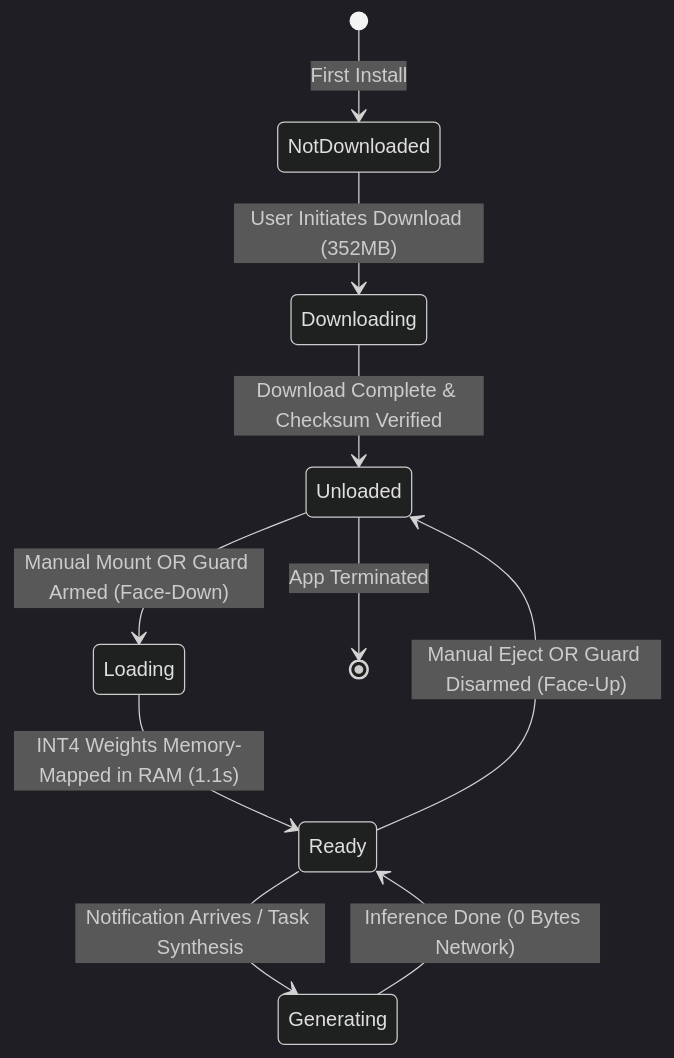
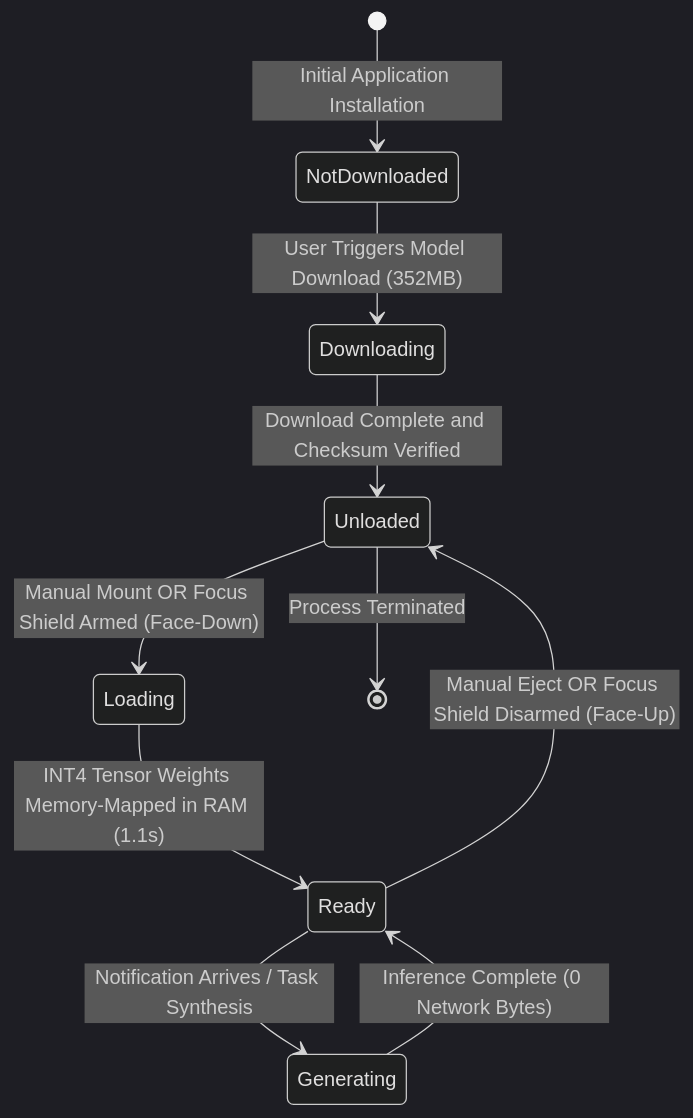
One commit to Aditya-Lingam-9000/AuraDesk changed the second of 7 diagrams in README.md. Above: the diagram before and after it, drawn with Mermaid (dark theme). The commit also changed other lines of this file, not shown here.

Commit message:
docs: comprehensive on-device AI documentation, fixed  mermaid diagrams, updated author

````diff
--- a/README.md
+++ b/README.md
@@ -141,15 +144,15 @@
 ```mermaid
 stateDiagram-v2
-    [*] --> NotDownloaded: First Install
-    NotDownloaded --> Downloading: User Initiates Download (352MB)
-    Downloading --> Unloaded: Download Complete & Checksum Verified
-    
-    Unloaded --> Loading: Manual Mount OR Guard Armed (Face-Down)
-    Loading --> Ready: INT4 Weights Memory-Mapped in RAM (1.1s)
-    
+    [*] --> NotDownloaded: Initial Application Installation
+    NotDownloaded --> Downloading: User Triggers Model Download (352MB)
+    Downloading --> Unloaded: Download Complete and Checksum Verified
+  
+    Unloaded --> Loading: Manual Mount OR Focus Shield Armed (Face-Down)
+    Loading --> Ready: INT4 Tensor Weights Memory-Mapped in RAM (1.1s)
+  
     Ready --> Generating: Notification Arrives / Task Synthesis
-    Generating --> Ready: Inference Done (0 Bytes Network)
-    
-    Ready --> Unloaded: Manual Eject OR Guard Disarmed (Face-Up)
-    Unloaded --> [*]: App Terminated
+    Generating --> Ready: Inference Complete (0 Network Bytes)
+  
+    Ready --> Unloaded: Manual Eject OR Focus Shield Disarmed (Face-Up)
+    Unloaded --> [*]: Process Terminated
 ```
````
